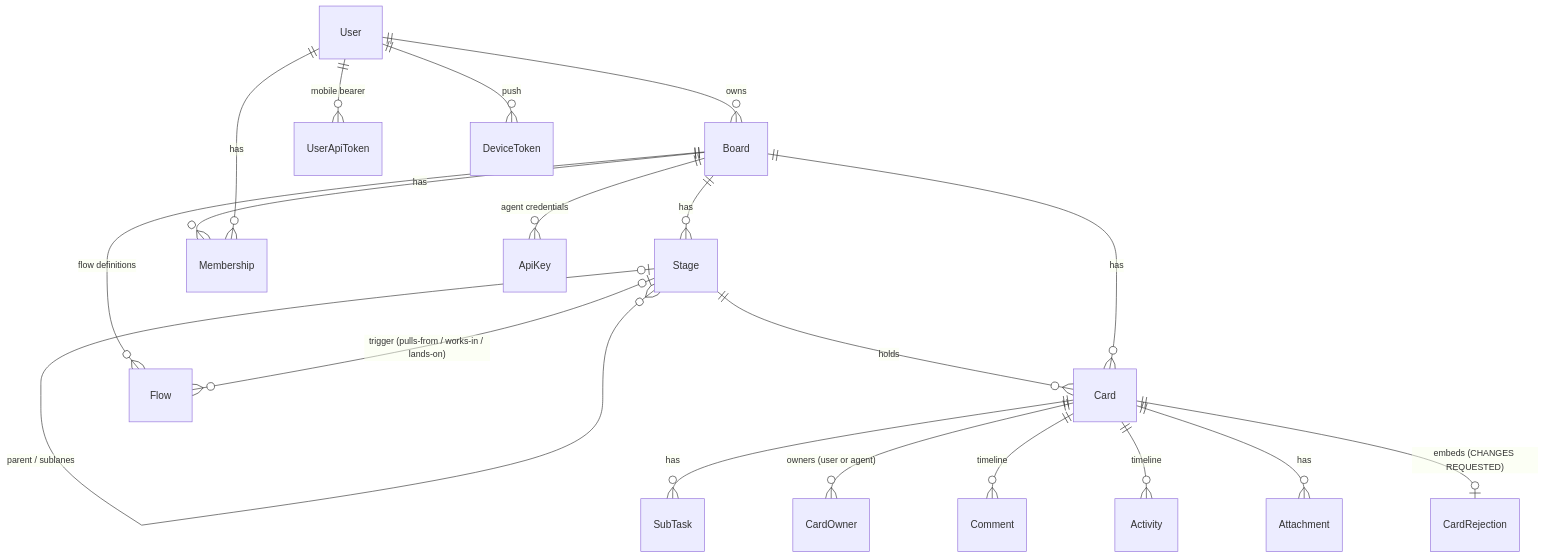
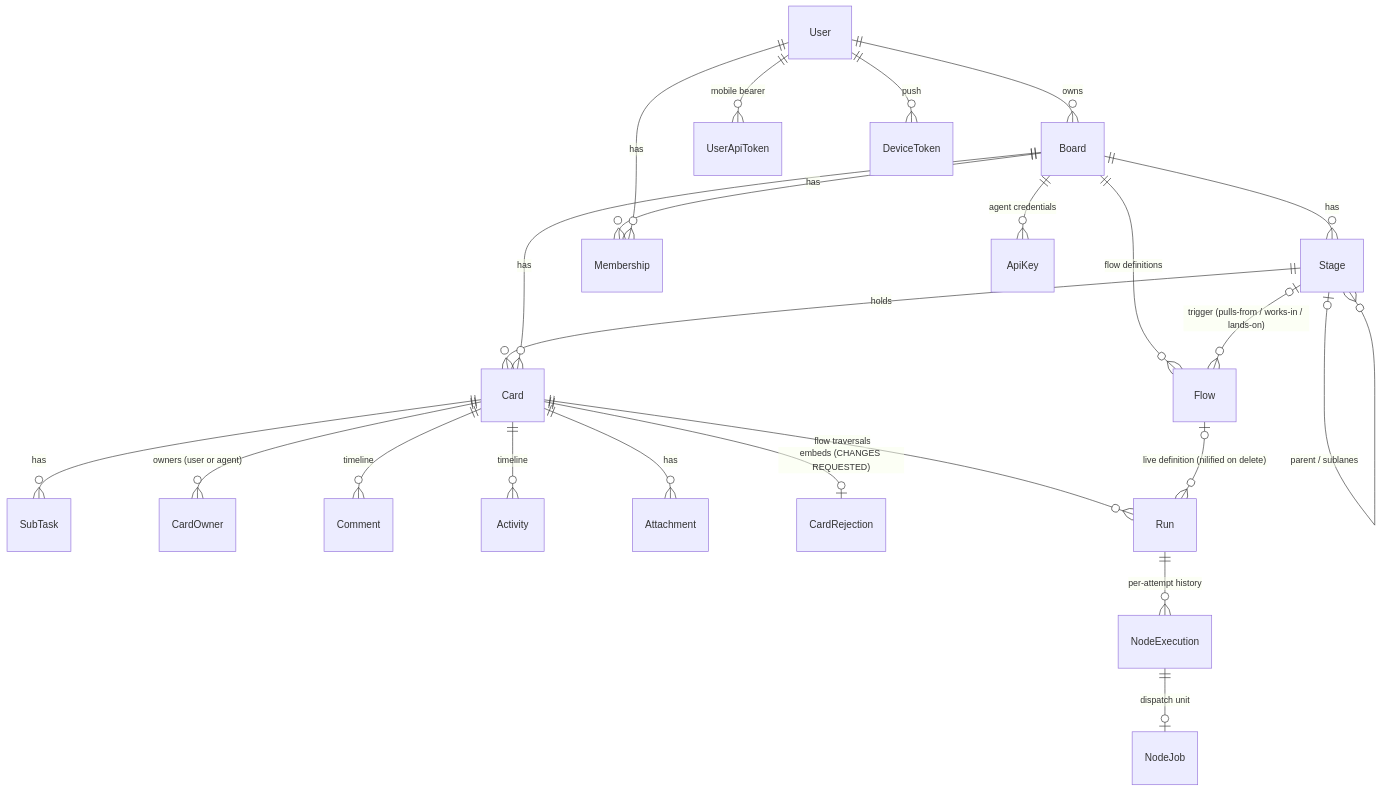
One commit to jeremylightsmith/relay changed the diagram in docs/architecture/domain.md. Above: the diagram before and after it, drawn with Mermaid. The commit also changed other lines of this file and 24 other files, not shown here.

First line of the commit message:
rly 132 w5 runs engine execute a flow as a super (#111)

````diff
--- a/docs/architecture/domain.md
+++ b/docs/architecture/domain.md
@@ -57,21 +69,25 @@
 ```mermaid
 erDiagram
     User ||--o{ Board : owns
     Board ||--o{ Stage : has
     Stage |o--o{ Stage : "parent / sublanes"
     Stage ||--o{ Card : holds
     Board ||--o{ Card : has
     Board ||--o{ Flow : "flow definitions"
     Stage |o--o{ Flow : "trigger (pulls-from / works-in / lands-on)"
     Card ||--o{ SubTask : has
     Card ||--o{ CardOwner : "owners (user or agent)"
     Card ||--o{ Comment : timeline
     Card ||--o{ Activity : timeline
     Card ||--o{ Attachment : has
     Card ||--o| CardRejection : "embeds (CHANGES REQUESTED)"
+    Card ||--o{ Run : "flow traversals"
+    Flow |o--o{ Run : "live definition (nilified on delete)"
+    Run ||--o{ NodeExecution : "per-attempt history"
+    NodeExecution ||--o| NodeJob : "dispatch unit"
     Board ||--o{ Membership : has
     User ||--o{ Membership : has
     Board ||--o{ ApiKey : "agent credentials"
     User ||--o{ UserApiToken : "mobile bearer"
     User ||--o{ DeviceToken : "push"
 ```
````
